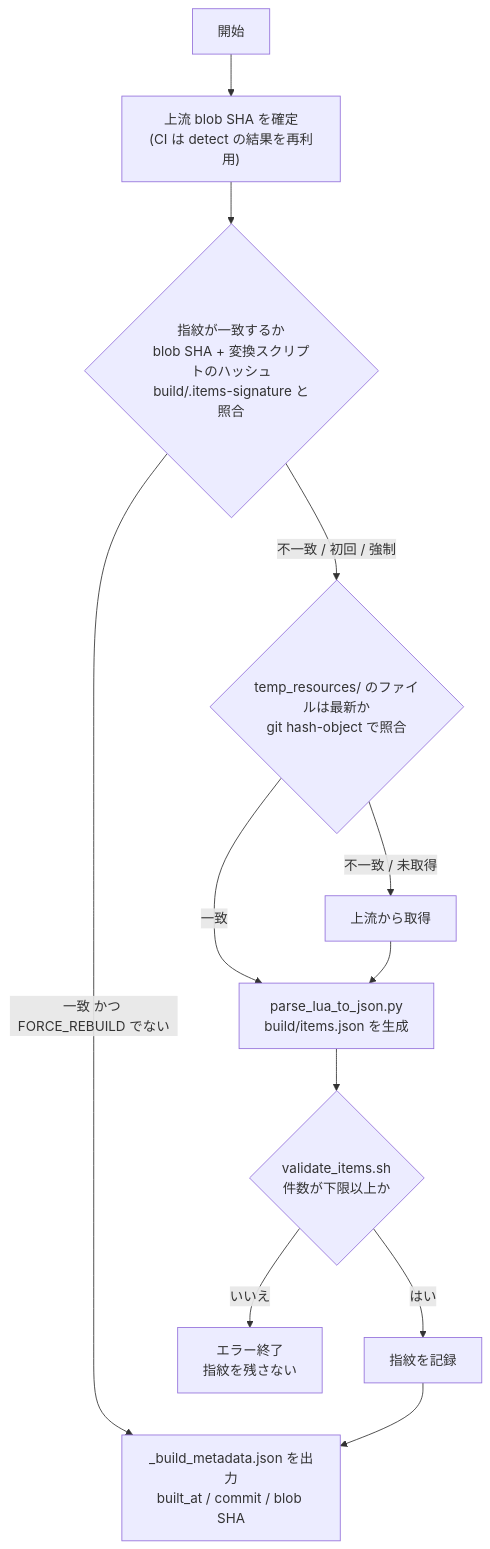
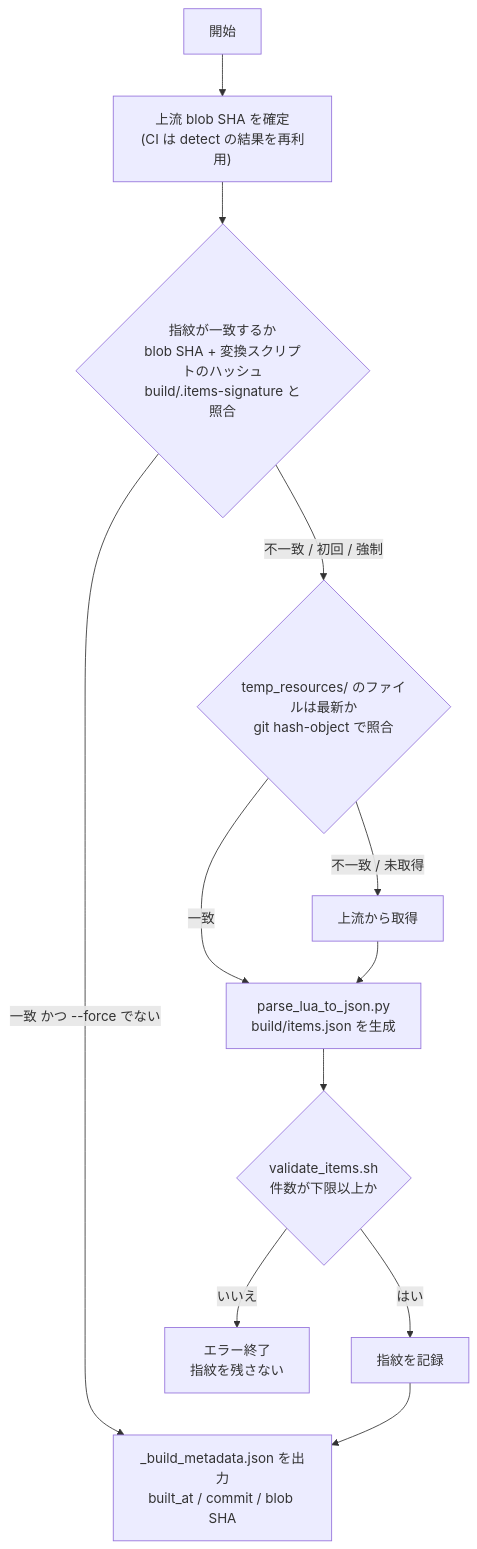
The third of 3 diagrams in docs/adr/0003-items-json-generated-in-ci.md (Maru0137/ff11sim), drawn with Mermaid before and after one commit. The commit also changed other lines of this file and 3 other files, not shown here.

First line of the commit message:
[Refactor] 強制再生成を FORCE_REBUILD 環境変数から --force 引数に変える

````diff
--- a/docs/adr/0003-items-json-generated-in-ci.md
+++ b/docs/adr/0003-items-json-generated-in-ci.md
@@ -165,16 +165,16 @@
 ```mermaid
 flowchart TD
     S["開始"] --> B["上流 blob SHA を確定<br/>(CI は detect の結果を再利用)"]
     B --> SIG{"指紋が一致するか<br/>blob SHA + 変換スクリプトのハッシュ<br/>build/.items-signature と照合"}
-    SIG -->|"一致 かつ FORCE_REBUILD でない"| M
+    SIG -->|"一致 かつ --force でない"| M
     SIG -->|"不一致 / 初回 / 強制"| C
 
     C{"temp_resources/ のファイルは最新か<br/>git hash-object で照合"}
     C -->|"一致"| P
     C -->|"不一致 / 未取得"| D["上流から取得"]
     D --> P["parse_lua_to_json.py<br/>build/items.json を生成"]
     P --> V{"validate_items.sh<br/>件数が下限以上か"}
     V -->|"いいえ"| X["エラー終了<br/>指紋を残さない"]
     V -->|"はい"| W["指紋を記録"]
     W --> M["_build_metadata.json を出力<br/>built_at / commit / blob SHA"]
 ```
````
